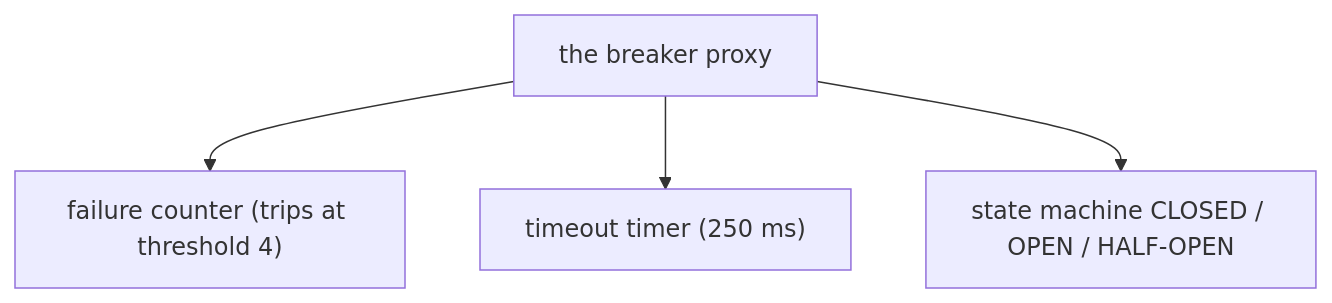
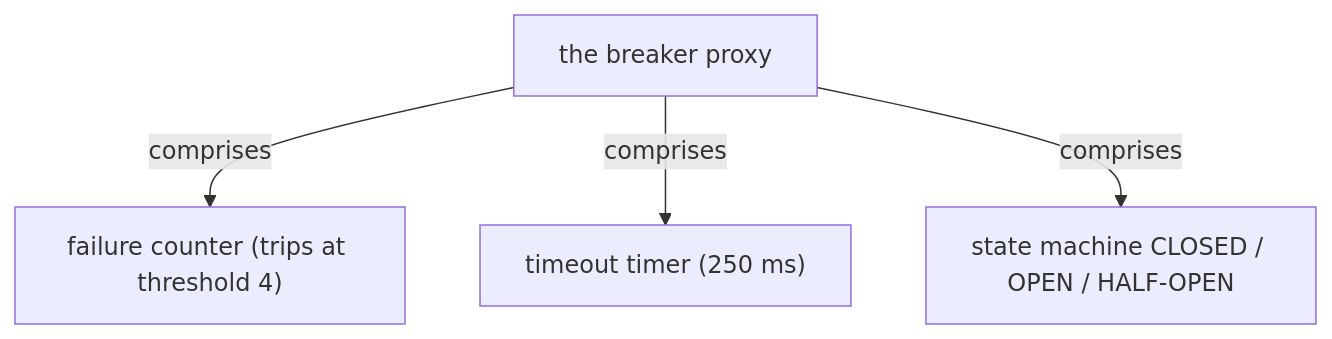
The sixth of 13 diagrams in docs/ch07-circuit-breaker.md (vinayakuber/microservices-io-study-guide), drawn with Mermaid before and after one commit. The commit also changed other lines of this file and 71 other files, not shown here.

First line of the commit message:
R18: label every diagram arrow with its meaning

````diff
--- a/docs/ch07-circuit-breaker.md
+++ b/docs/ch07-circuit-breaker.md
@@ -234,7 +234,7 @@
 ```mermaid
 flowchart TD
   R["the breaker proxy"]
-  R --> P0["failure counter (trips at threshold 4)"]
-  R --> P1["timeout timer (250 ms)"]
-  R --> P2["state machine CLOSED / OPEN / HALF-OPEN"]
+  R -->|"comprises"| P0["failure counter (trips at threshold 4)"]
+  R -->|"comprises"| P1["timeout timer (250 ms)"]
+  R -->|"comprises"| P2["state machine CLOSED / OPEN / HALF-OPEN"]
 ```
````
